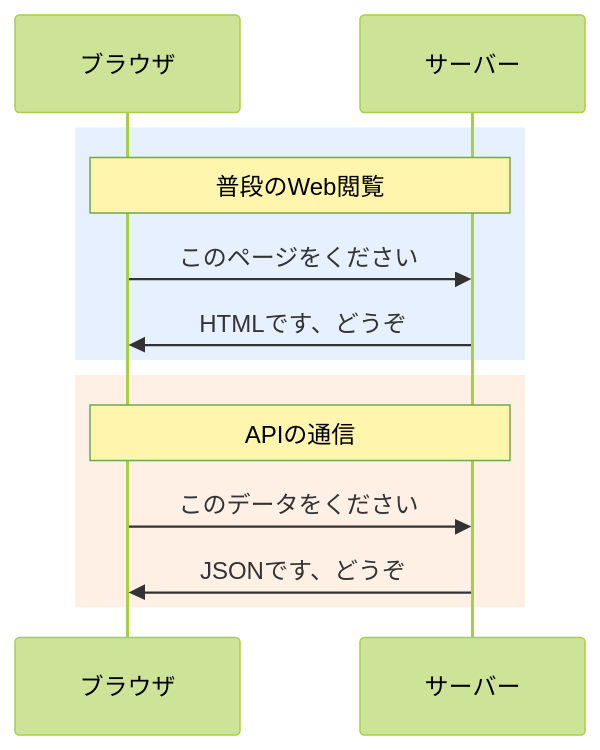
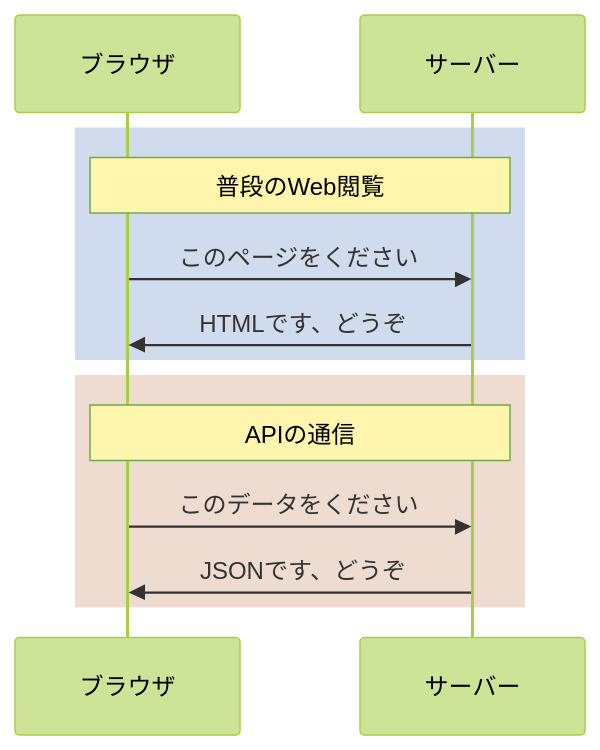
Before and after one commit to hrkd/web-frontend-workshop: the fourth of 6 diagrams in vol_05/slides.md, drawn with Mermaid (forest theme). The commit also changed other lines of this file and 4 other files, not shown here.

````diff
--- a/vol_05/slides.md
+++ b/vol_05/slides.md
@@ -190,17 +192,17 @@
 ```mermaid
 sequenceDiagram
     participant Browser as ブラウザ
     participant Server as サーバー
 
-    rect rgb(230, 240, 255)
+    rect rgba(100, 140, 200, 0.3)
     Note over Browser, Server: 普段のWeb閲覧
     Browser->>Server: このページをください
     Server->>Browser: HTMLです、どうぞ
     end
 
-    rect rgb(255, 240, 230)
+    rect rgba(200, 140, 100, 0.3)
     Note over Browser, Server: APIの通信
     Browser->>Server: このデータをください
     Server->>Browser: JSONです、どうぞ
     end
 ```
````
